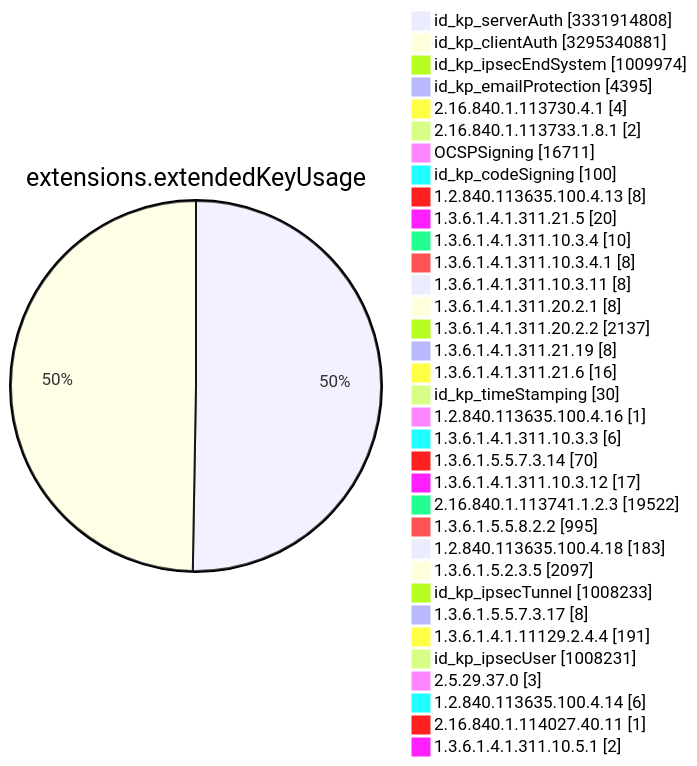
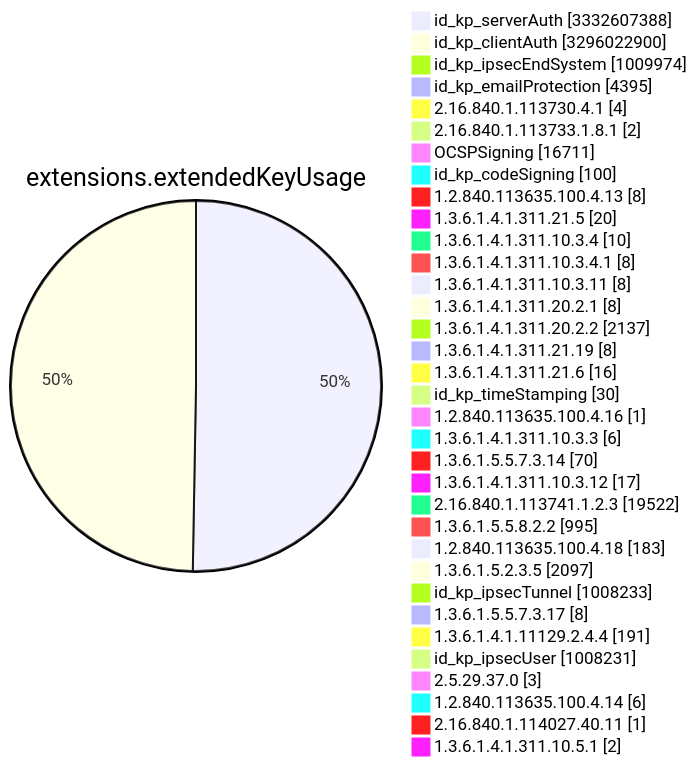
One commit to christiankrug/ctmonitor_visualization changed diagram 11 of 15 in TOTAL/README.md. Above: the diagram before and after it, drawn with Mermaid. The commit also changed other lines of this file, not shown here.

````diff
--- a/TOTAL/README.md
+++ b/TOTAL/README.md
@@ -4120,38 +4120,38 @@
 ```mermaid
 pie showData
 title extensions.extendedKeyUsage
-"id_kp_serverAuth" :3331914808
-"id_kp_clientAuth" :3295340881
+"id_kp_serverAuth" :3332607388
+"id_kp_clientAuth" :3296022900
 "id_kp_ipsecEndSystem" :1009974
 "id_kp_emailProtection" :4395
 "2.16.840.1.113730.4.1" :4
 "2.16.840.1.113733.1.8.1" :2
 "OCSPSigning" :16711
 "id_kp_codeSigning" :100
 "1.2.840.113635.100.4.13" :8
 "1.3.6.1.4.1.311.21.5" :20
 "1.3.6.1.4.1.311.10.3.4" :10
 "1.3.6.1.4.1.311.10.3.4.1" :8
 "1.3.6.1.4.1.311.10.3.11" :8
 "1.3.6.1.4.1.311.20.2.1" :8
 "1.3.6.1.4.1.311.20.2.2" :2137
 "1.3.6.1.4.1.311.21.19" :8
 "1.3.6.1.4.1.311.21.6" :16
 "id_kp_timeStamping" :30
 "1.2.840.113635.100.4.16" :1
 "1.3.6.1.4.1.311.10.3.3" :6
 "1.3.6.1.5.5.7.3.14" :70
 "1.3.6.1.4.1.311.10.3.12" :17
 "2.16.840.1.113741.1.2.3" :19522
 "1.3.6.1.5.5.8.2.2" :995
 "1.2.840.113635.100.4.18" :183
 "1.3.6.1.5.2.3.5" :2097
 "id_kp_ipsecTunnel" :1008233
 "1.3.6.1.5.5.7.3.17" :8
 "1.3.6.1.4.1.11129.2.4.4" :191
 "id_kp_ipsecUser" :1008231
 "2.5.29.37.0" :3
 "1.2.840.113635.100.4.14" :6
 "2.16.840.1.114027.40.11" :1
 "1.3.6.1.4.1.311.10.5.1" :2
 ```
````
